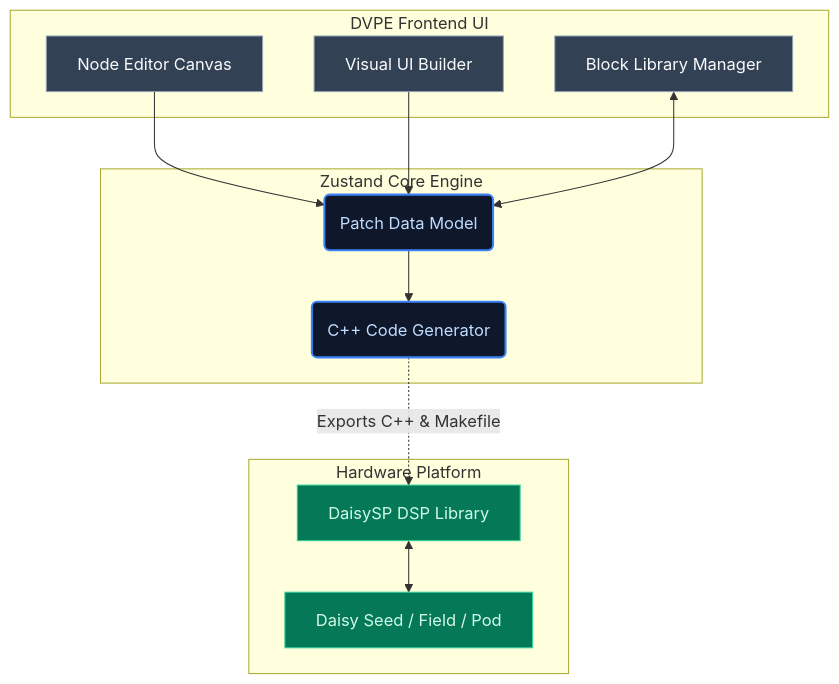
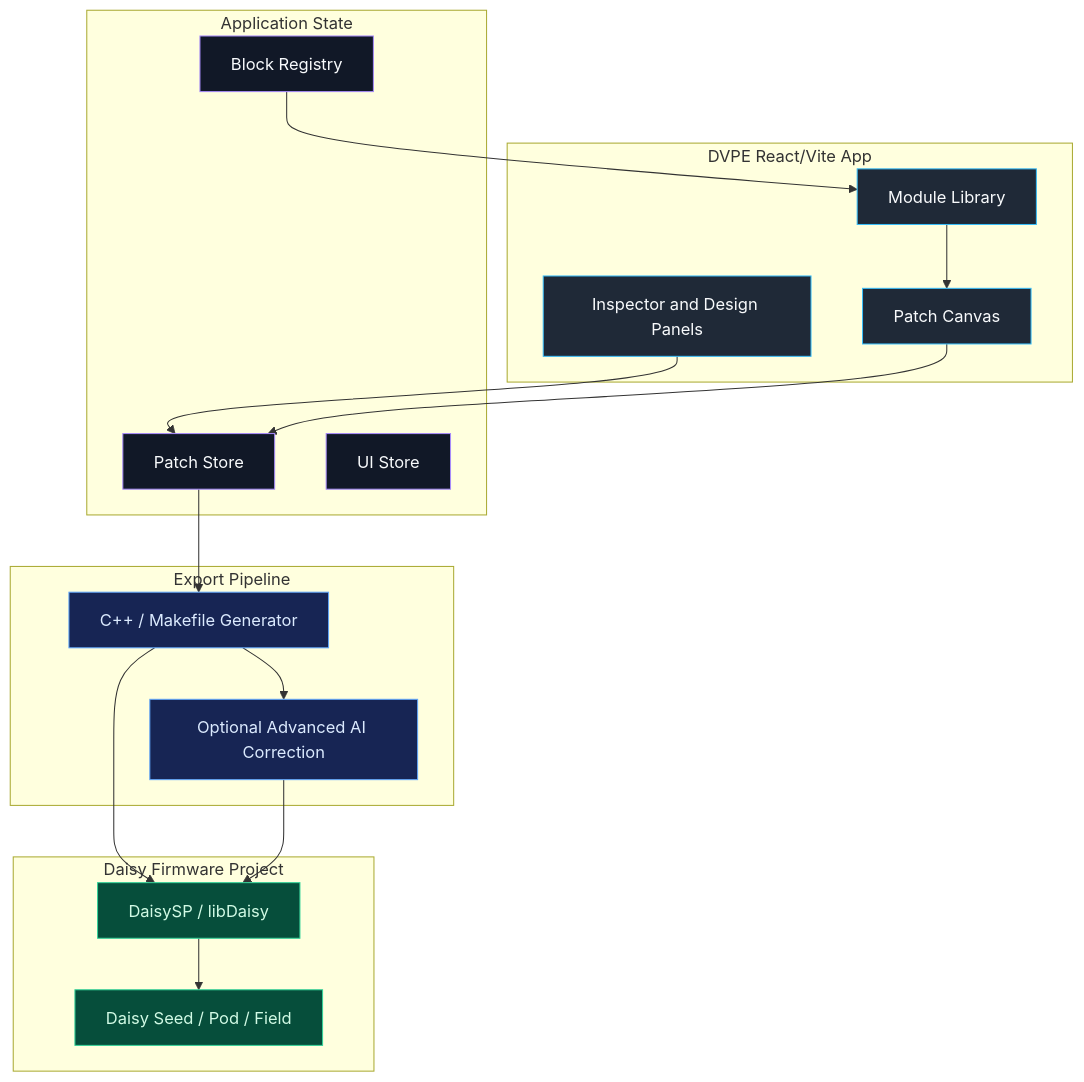
The first of 3 diagrams in README.md (Denys/DVPE_Daisy-Visual-Programming-Environment), drawn with Mermaid before and after one commit. The commit also changed other lines of this file and 7 other files, not shown here.

````diff
--- a/README.md
+++ b/README.md
@@ -26,29 +30,39 @@
 ```mermaid
 graph TD
-    classDef ui fill:#334155,stroke:#94a3b8,color:#f8fafc;
-    classDef logic fill:#0f172a,stroke:#3b82f6,color:#bfdbfe,stroke-width:2px;
-    classDef hardware fill:#047857,stroke:#34d399,color:#d1fae5;
+    classDef ui fill:#1f2937,stroke:#38bdf8,color:#f8fafc;
+    classDef state fill:#111827,stroke:#a78bfa,color:#f8fafc;
+    classDef export fill:#172554,stroke:#60a5fa,color:#dbeafe;
+    classDef firmware fill:#064e3b,stroke:#34d399,color:#d1fae5;
 
-    subgraph DVPE_Frontend [DVPE Frontend UI]
-        Canvas[Node Editor Canvas]:::ui
-        UIBuilder[Visual UI Builder]:::ui
-        BlockManager[Block Library Manager]:::ui
+    subgraph App["DVPE React/Vite App"]
+        Canvas["Patch Canvas"]:::ui
+        Inspector["Inspector and Design Panels"]:::ui
+        Library["Module Library"]:::ui
     end
 
-    subgraph Core_Engine [Zustand Core Engine]
-        PatchStore(Patch Data Model):::logic
-        CodeGen(C++ Code Generator):::logic
+    subgraph Stores["Application State"]
+        PatchStore["Patch Store"]:::state
+        UIStore["UI Store"]:::state
+        BlockRegistry["Block Registry"]:::state
     end
 
-    subgraph Hardware_Target [Hardware Platform]
-        DaisySP[DaisySP DSP Library]:::hardware
-        DaisyHW[Daisy Seed / Field / Pod]:::hardware
+    subgraph Output["Export Pipeline"]
+        Codegen["C++ / Makefile Generator"]:::export
+        Advanced["Optional Advanced AI Correction"]:::export
     end
 
+    subgraph Daisy["Daisy Firmware Project"]
+        DaisySP["DaisySP / libDaisy"]:::firmware
+        Hardware["Daisy Seed / Pod / Field"]:::firmware
+    end
+
+    Library --> Canvas
+    Inspector --> PatchStore
     Canvas --> PatchStore
-    UIBuilder --> PatchStore
-    BlockManager <--> PatchStore
-    PatchStore --> CodeGen
-    CodeGen -.->|Exports C++ & Makefile| DaisySP
-    DaisySP <--> DaisyHW
+    BlockRegistry --> Library
+    PatchStore --> Codegen
+    Codegen --> Advanced
+    Codegen --> DaisySP
+    Advanced --> DaisySP
+    DaisySP --> Hardware
 ```
````
